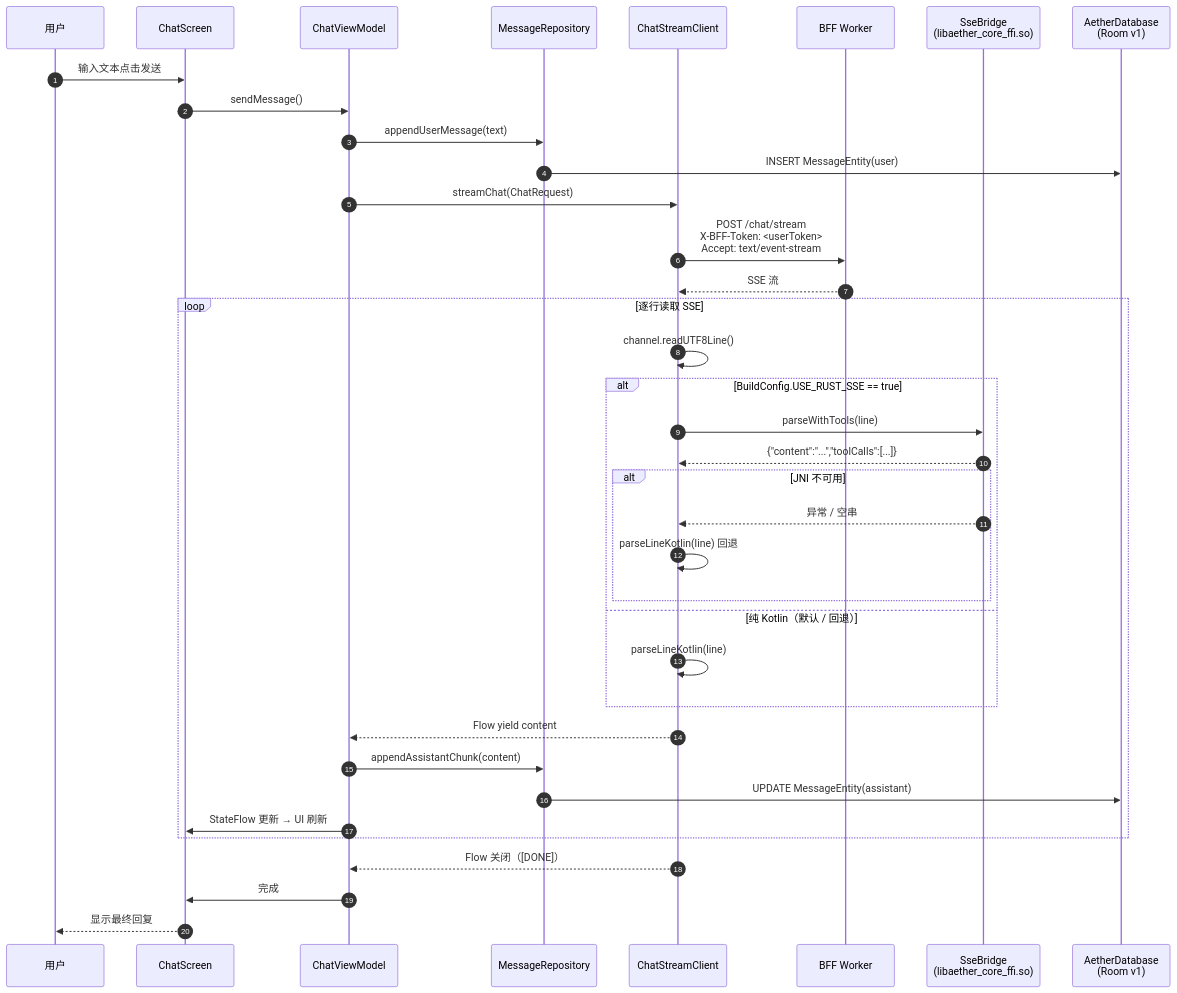
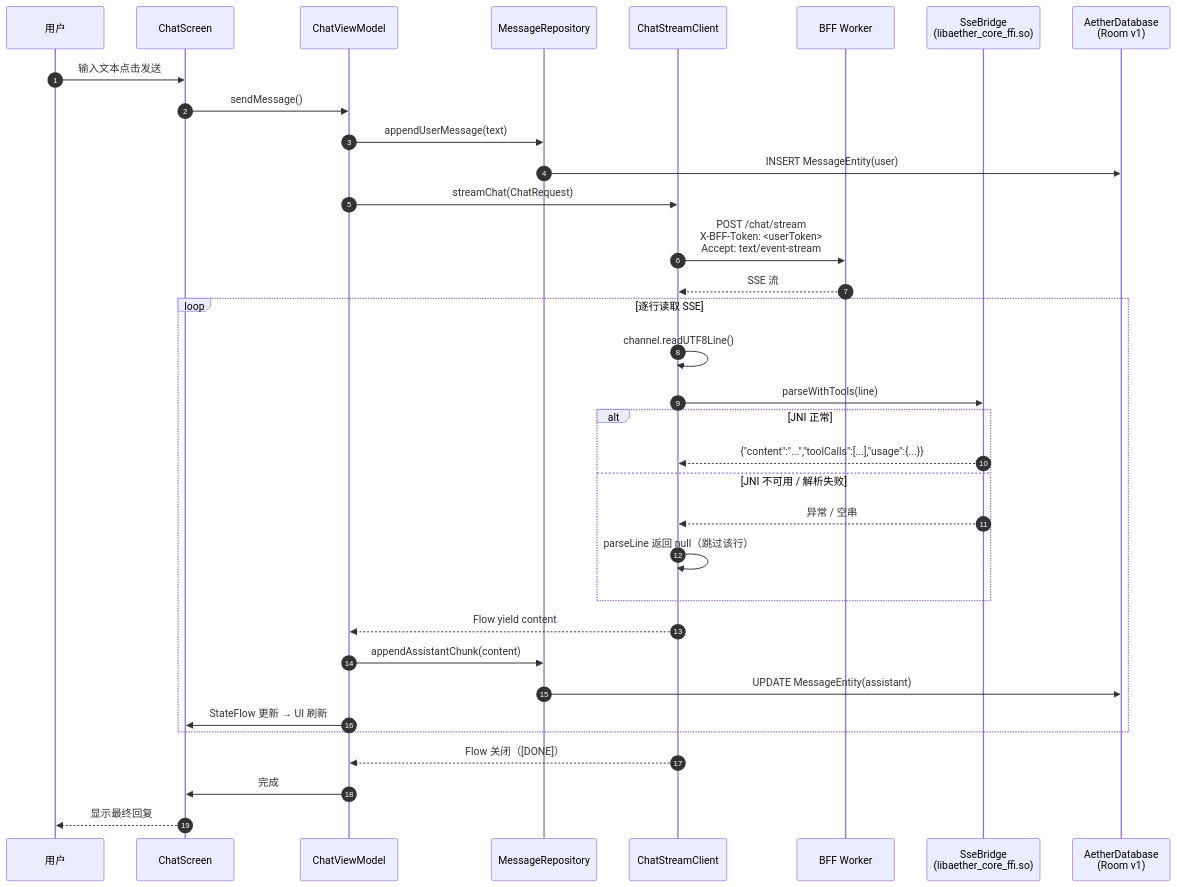
One commit to luosicx/Aether changed diagram 22 of 22 in doc/ARCHITECTURE.md. Above: the diagram before and after it, drawn with Mermaid. The commit also changed other lines of this file and 3 other files, not shown here.

First line of the commit message:
docs: 同步流式传输统一与 Android Rust-only SSE 解析

````diff
--- a/doc/ARCHITECTURE.md
+++ b/doc/ARCHITECTURE.md
@@ -1541,40 +1541,37 @@
 ```mermaid
 sequenceDiagram
     autonumber
     participant U as 用户
     participant CS as ChatScreen
     participant VM as ChatViewModel
     participant MR as MessageRepository
     participant CSC as ChatStreamClient
     participant BFF as BFF Worker
     participant JNI as SseBridge<br/>(libaether_core_ffi.so)
     participant Room as AetherDatabase<br/>(Room v1)
 
     U->>CS: 输入文本点击发送
     CS->>VM: sendMessage()
     VM->>MR: appendUserMessage(text)
     MR->>Room: INSERT MessageEntity(user)
     VM->>CSC: streamChat(ChatRequest)
     CSC->>BFF: POST /chat/stream<br/>X-BFF-Token: <userToken><br/>Accept: text/event-stream
     BFF-->>CSC: SSE 流
     loop 逐行读取 SSE
         CSC->>CSC: channel.readUTF8Line()
-        alt BuildConfig.USE_RUST_SSE == true
-            CSC->>JNI: parseWithTools(line)
-            JNI-->>CSC: {"content":"...","toolCalls":[...]}
-            alt JNI 不可用
-                JNI-->>CSC: 异常 / 空串
-                CSC->>CSC: parseLineKotlin(line) 回退
-            end
-        else 纯 Kotlin（默认 / 回退）
-            CSC->>CSC: parseLineKotlin(line)
+        CSC->>JNI: parseWithTools(line)
+        alt JNI 正常
+            JNI-->>CSC: {"content":"...","toolCalls":[...],"usage":{...}}
+        else JNI 不可用 / 解析失败
+            JNI-->>CSC: 异常 / 空串
+            CSC->>CSC: parseLine 返回 null（跳过该行）
         end
         CSC-->>VM: Flow yield content
         VM->>MR: appendAssistantChunk(content)
         MR->>Room: UPDATE MessageEntity(assistant)
         VM->>CS: StateFlow 更新 → UI 刷新
     end
     CSC-->>VM: Flow 关闭（[DONE]）
     VM->>CS: 完成
     CS-->>U: 显示最终回复
 ```
````
